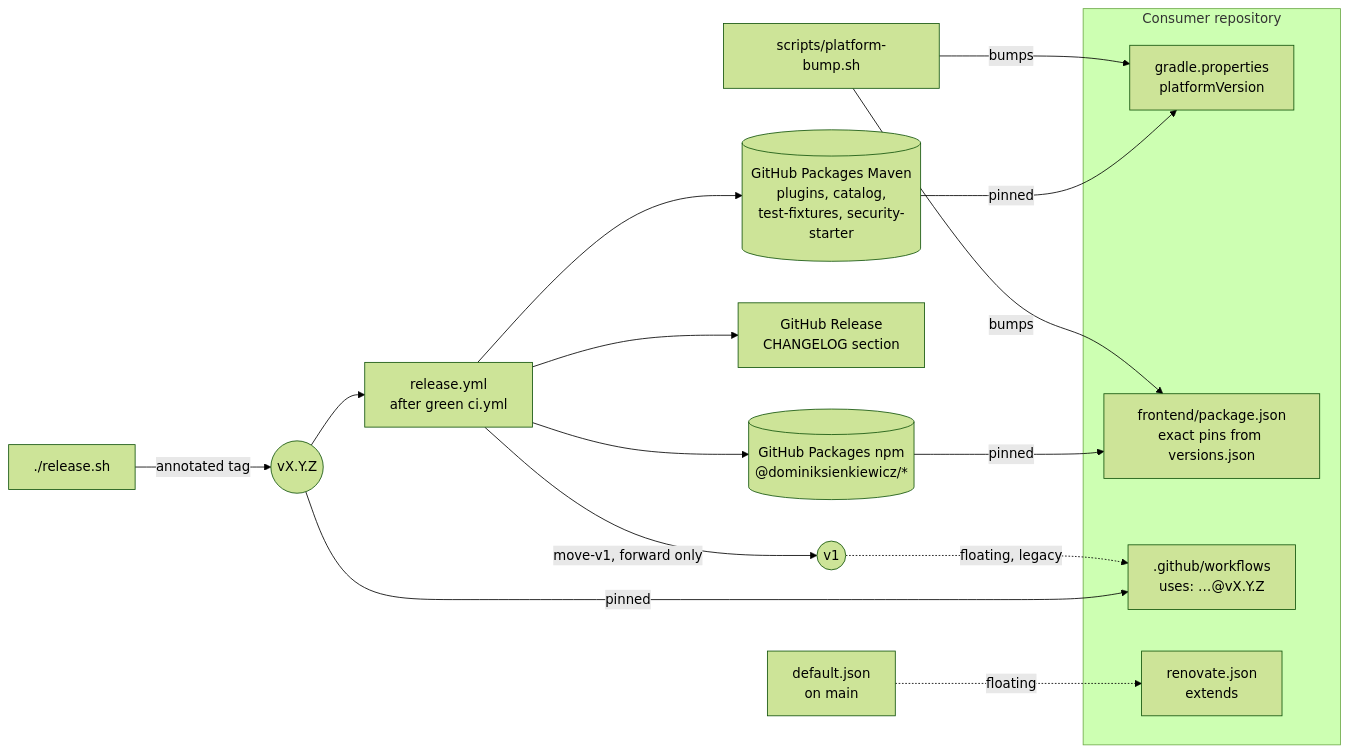
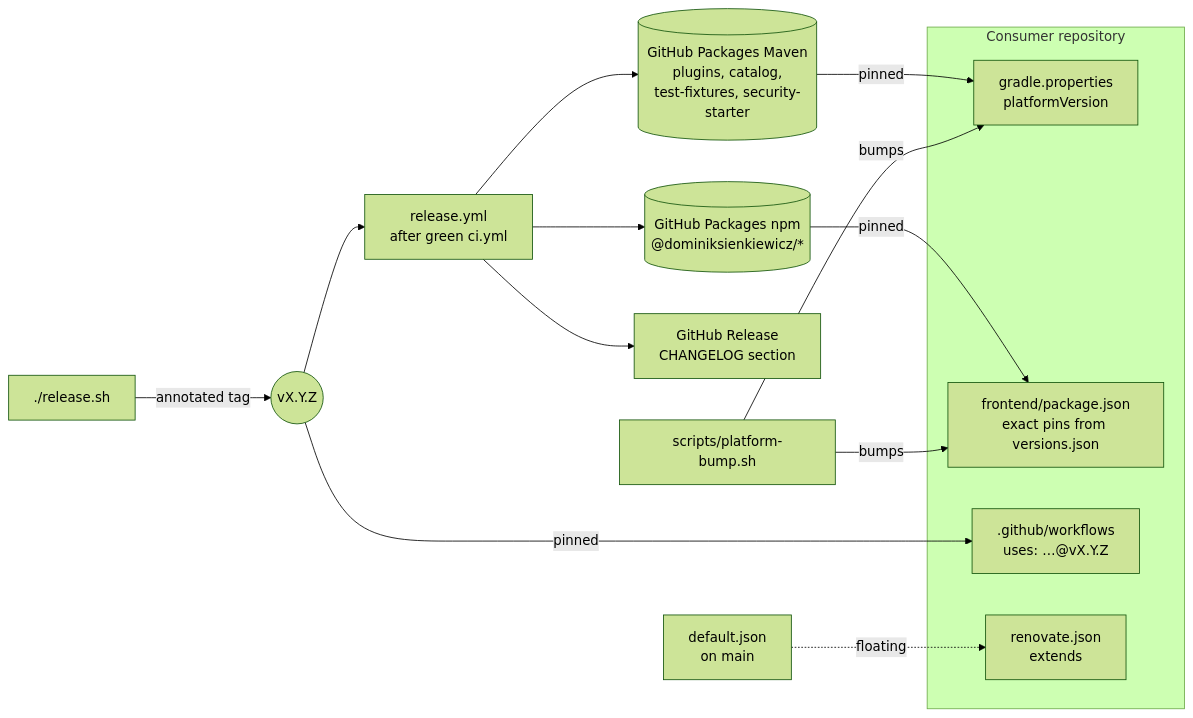
One commit to DominikSienkiewicz/Platform changed the first of 2 diagrams in README.md. Above: the diagram before and after it, drawn with Mermaid (forest theme). The commit also changed other lines of this file and 19 other files, not shown here.

````diff
--- a/README.md
+++ b/README.md
@@ -143,26 +143,24 @@
 ```mermaid
 flowchart LR
   release["./release.sh"] -->|annotated tag| tag(("vX.Y.Z"))
   tag --> workflow["release.yml<br/>after green ci.yml"]
   workflow --> maven[("GitHub Packages Maven<br/>plugins, catalog,<br/>test-fixtures, security-starter")]
   workflow --> npm[("GitHub Packages npm<br/>@dominiksienkiewicz/*")]
   workflow --> notes["GitHub Release<br/>CHANGELOG section"]
-  workflow -->|move-v1, forward only| v1(("v1"))
 
   preset["default.json<br/>on main"]
 
   subgraph consumer["Consumer repository"]
     gradlePins["gradle.properties<br/>platformVersion"]
     npmPins["frontend/package.json<br/>exact pins from versions.json"]
     callers[".github/workflows<br/>uses: …@vX.Y.Z"]
     renovate["renovate.json<br/>extends"]
   end
 
   maven -->|pinned| gradlePins
   npm -->|pinned| npmPins
   tag -->|pinned| callers
-  v1 -.->|floating, legacy| callers
   preset -.->|floating| renovate
   bump["scripts/platform-bump.sh"] -->|bumps| gradlePins
   bump -->|bumps| npmPins
 ```
````
